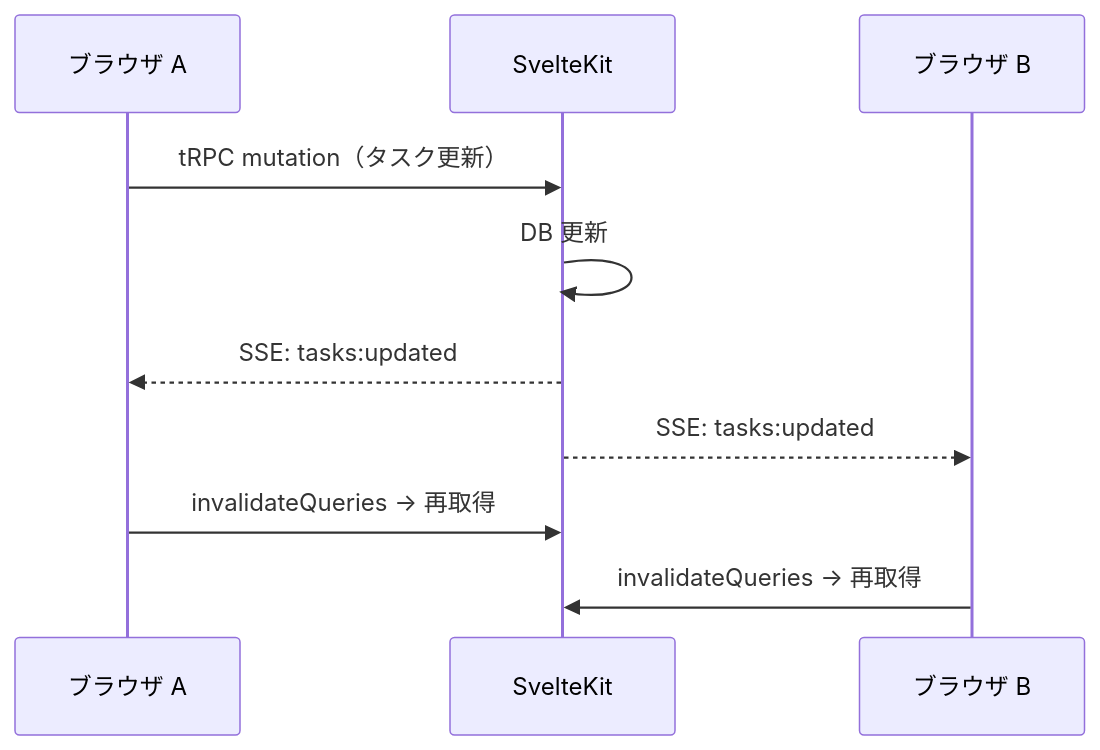
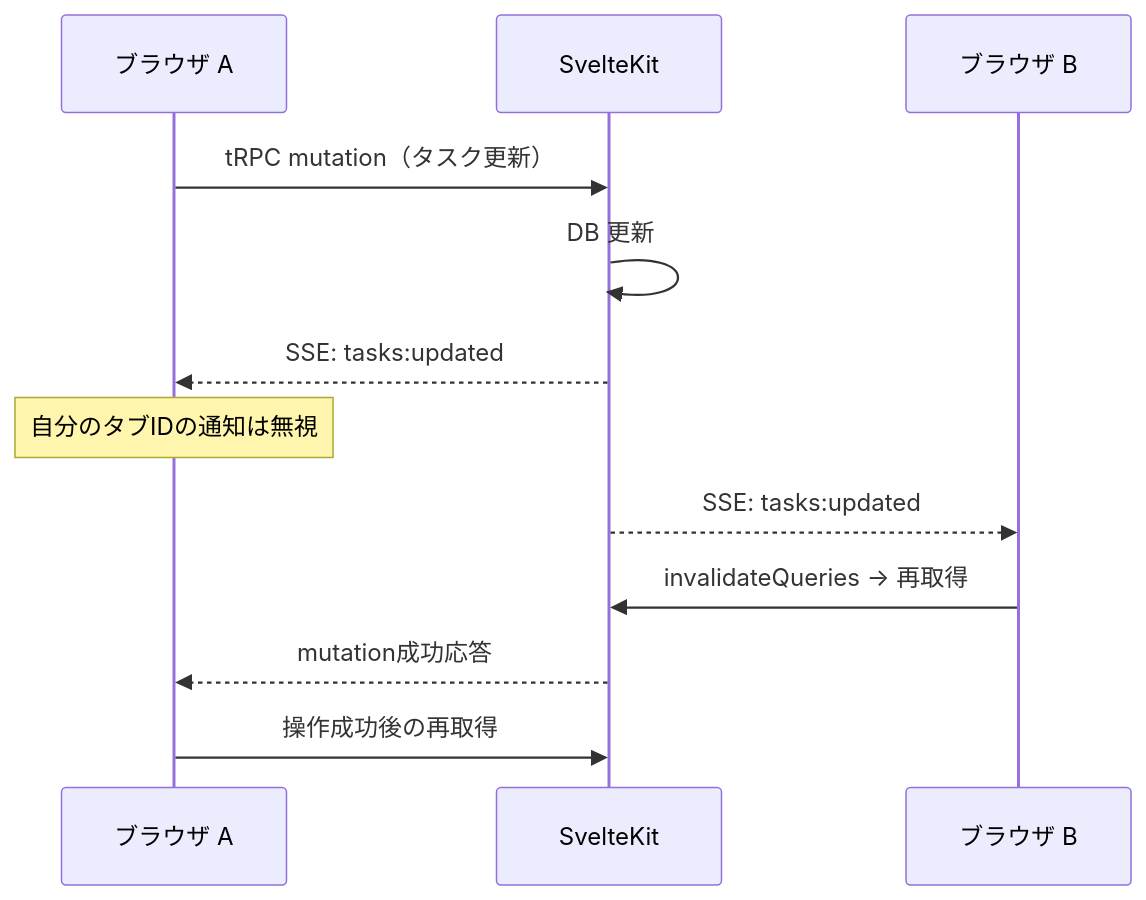
The second of 3 diagrams in docs/development/architecture.md (ak110/GLATasks), drawn with Mermaid before and after one commit. The commit also changed other lines of this file and 22 other files, not shown here.

````diff
--- a/docs/development/architecture.md
+++ b/docs/development/architecture.md
@@ -69,13 +43,15 @@
 ```mermaid
 sequenceDiagram
     participant A as ブラウザ A
     participant S as SvelteKit
     participant B as ブラウザ B
 
     A->>S: tRPC mutation（タスク更新）
     S->>S: DB 更新
     S-->>A: SSE: tasks:updated
+    Note over A: 自分のタブIDの通知は無視
     S-->>B: SSE: tasks:updated
-    A->>S: invalidateQueries → 再取得
     B->>S: invalidateQueries → 再取得
+    S-->>A: mutation成功応答
+    A->>S: 操作成功後の再取得
 ```
````
